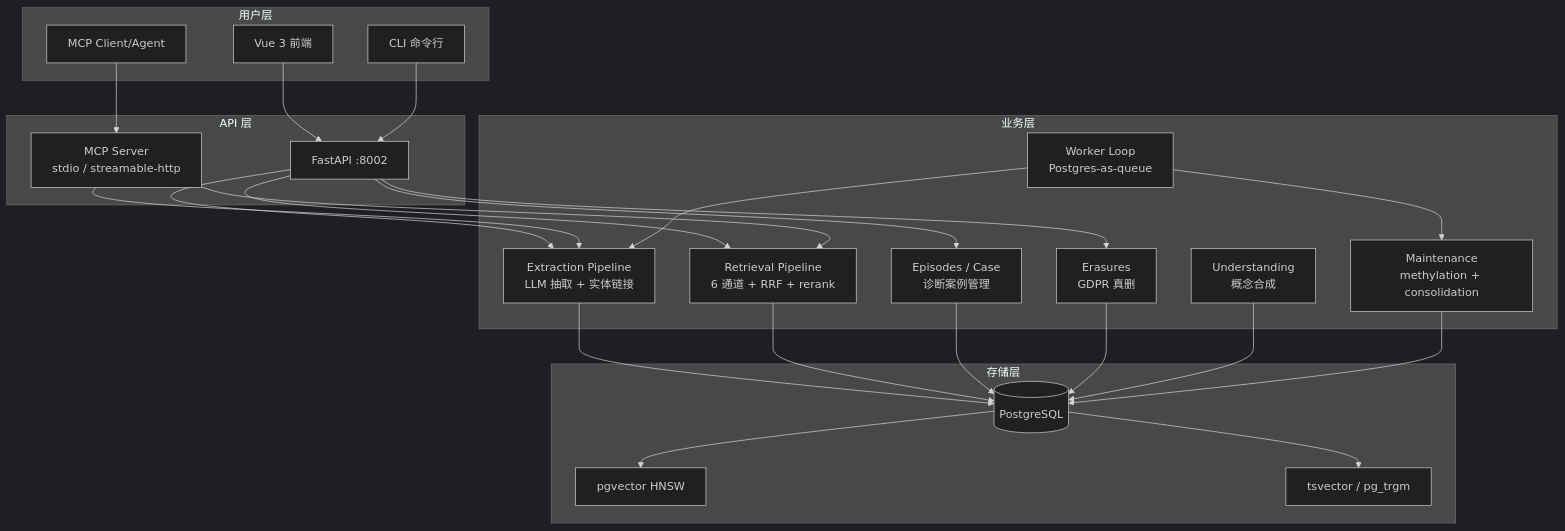
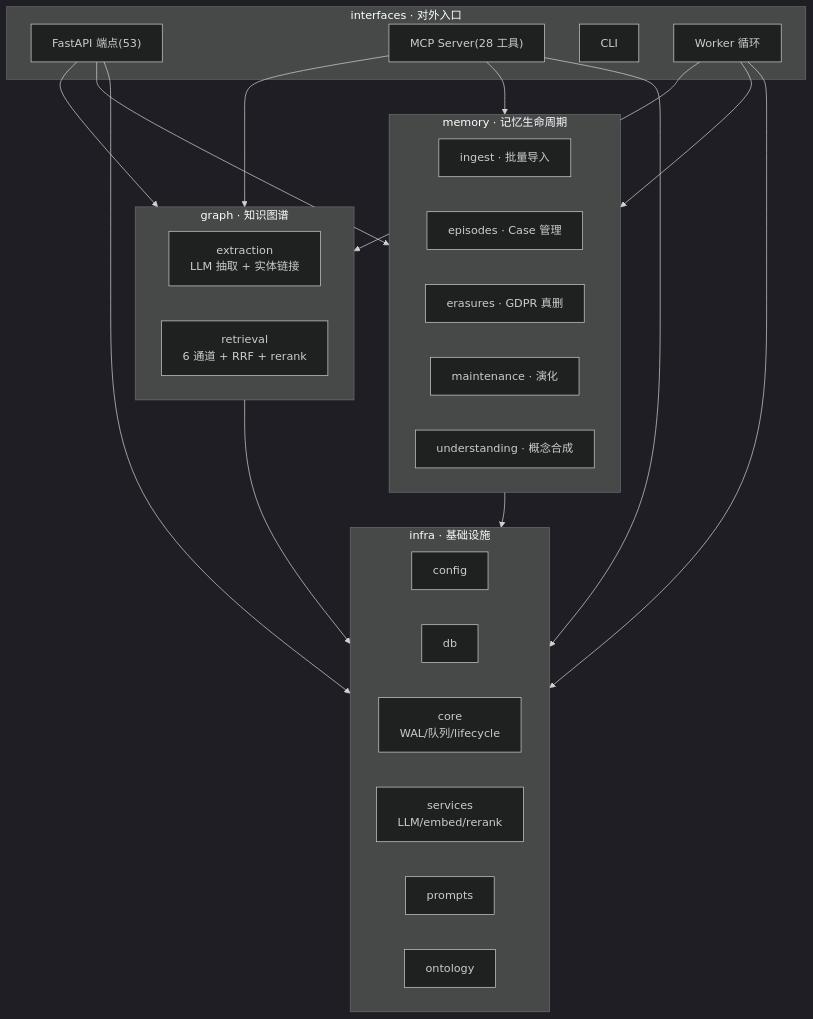
The first of 9 diagrams in source/chapters/19-architecture-diagrams.md (pty819/cortex-py-book), drawn with Mermaid (dark theme) before and after one commit. The commit also changed other lines of this file and 7 other files, not shown here.

First line of the commit message:
docs: 第19章重写为完整 4+1 视图 + 全书模块路径迁移到 4 子包

````diff
--- a/source/chapters/19-architecture-diagrams.md
+++ b/source/chapters/19-architecture-diagrams.md
@@ -5,53 +25,40 @@
 ```{mermaid}
 graph TB
-    subgraph 用户层
-        UI[Vue 3 前端]
-        MCP[MCP Client/Agent]
-        CLI[CLI 命令行]
+    subgraph interfaces ["interfaces · 对外入口"]
+        API["FastAPI 端点(53)"]
+        MCP["MCP Server(28 工具)"]
+        CLI["CLI"]
+        WK["Worker 循环"]
     end
-    
-    subgraph API 层
-        FA[FastAPI :8002]
-        MCP_SRV[MCP Server<br/>stdio / streamable-http]
+    subgraph graph_ ["graph · 知识图谱"]
+        EXT["extraction<br/>LLM 抽取 + 实体链接"]
+        RET["retrieval<br/>6 通道 + RRF + rerank"]
     end
-    
-    subgraph 业务层
-        EXT[Extraction Pipeline<br/>LLM 抽取 + 实体链接]
-        RET[Retrieval Pipeline<br/>6 通道 + RRF + rerank]
-        WK[Worker Loop<br/>Postgres-as-queue]
-        UNDER[Understanding<br/>概念合成]
-        MAINT[Maintenance<br/>methylation + consolidation]
-        CASE[Episodes / Case<br/>诊断案例管理]
-        ERASE[Erasures<br/>GDPR 真删]
+    subgraph memory ["memory · 记忆生命周期"]
+        INGEST["ingest · 批量导入"]
+        EPI["episodes · Case 管理"]
+        ERASE["erasures · GDPR 真删"]
+        MAINT["maintenance · 演化"]
+        UNDER["understanding · 概念合成"]
     end
-    
-    subgraph 存储层
-        PG[(PostgreSQL)]
-        VEC[pgvector HNSW]
-        TS[tsvector / pg_trgm]
+    subgraph infra ["infra · 基础设施"]
+        CFG["config"]
+        DB["db"]
+        CORE["core<br/>WAL/队列/lifecycle"]
+        SVC["services<br/>LLM/embed/rerank"]
+        PROMPT["prompts"]
+        ONTO["ontology"]
     end
-    
-    UI --> FA
-    MCP --> MCP_SRV
-    CLI --> FA
-    
-    FA --> EXT
-    FA --> RET
-    FA --> CASE
-    FA --> ERASE
-    MCP_SRV --> EXT
-    MCP_SRV --> RET
-    
-    WK --> EXT
-    WK --> MAINT
-    
-    EXT --> PG
-    RET --> PG
-    CASE --> PG
-    ERASE --> PG
-    UNDER --> PG
-    MAINT --> PG
-    
-    PG --> VEC
-    PG --> TS
+
+    API --> graph_
+    API --> memory
+    API --> infra
+    MCP --> graph_
+    MCP --> memory
+    MCP --> infra
+    WK --> graph_
+    WK --> memory
+    WK --> infra
+    graph_ --> infra
+    memory --> infra
 ```
````
